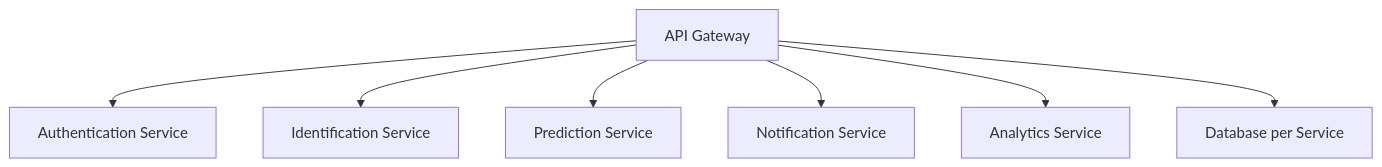
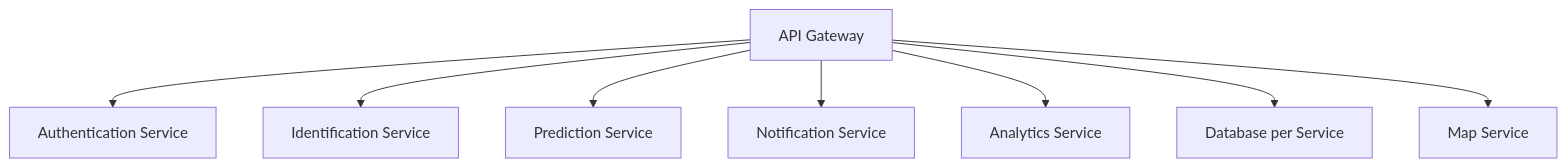
The diagram in architecture_blueprint_assistant/microservices_architecture.mmd (Dolbhi/holbertonschool-ai4devs), drawn with Mermaid before and after one commit. The commit also changed 1 other file, not shown here.

```diff
--- a/architecture_blueprint_assistant/microservices_architecture.mmd
+++ b/architecture_blueprint_assistant/microservices_architecture.mmd
@@ -1,7 +1,8 @@
 graph TD
   A[API Gateway] --> B[Authentication Service]
   A --> C[Identification Service]
   A --> D[Prediction Service]
   A --> E[Notification Service]
   A --> F[Analytics Service]
   A --> G[Database per Service]
+  A --> H[Map Service]
```
